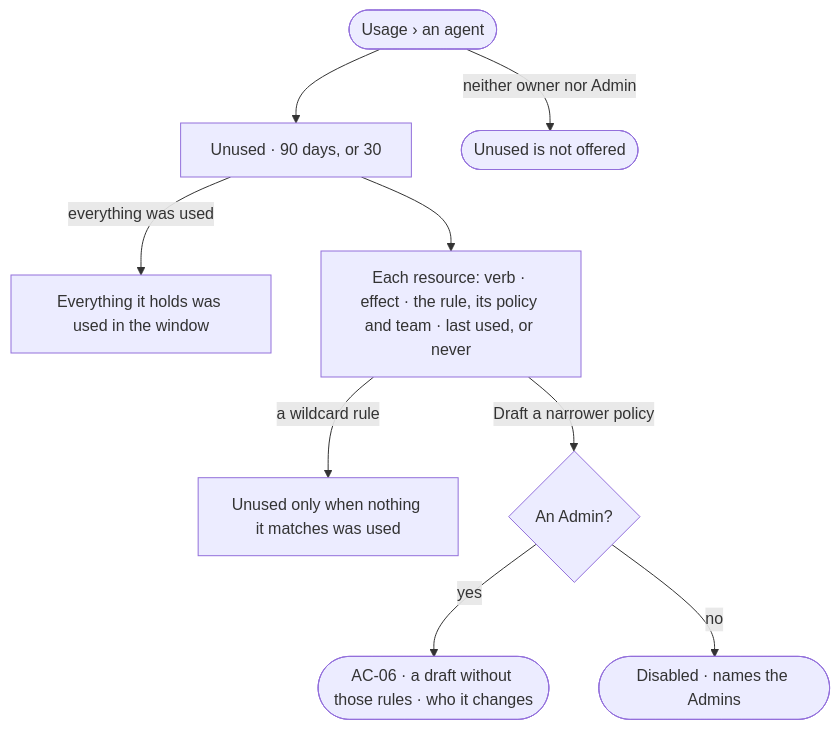
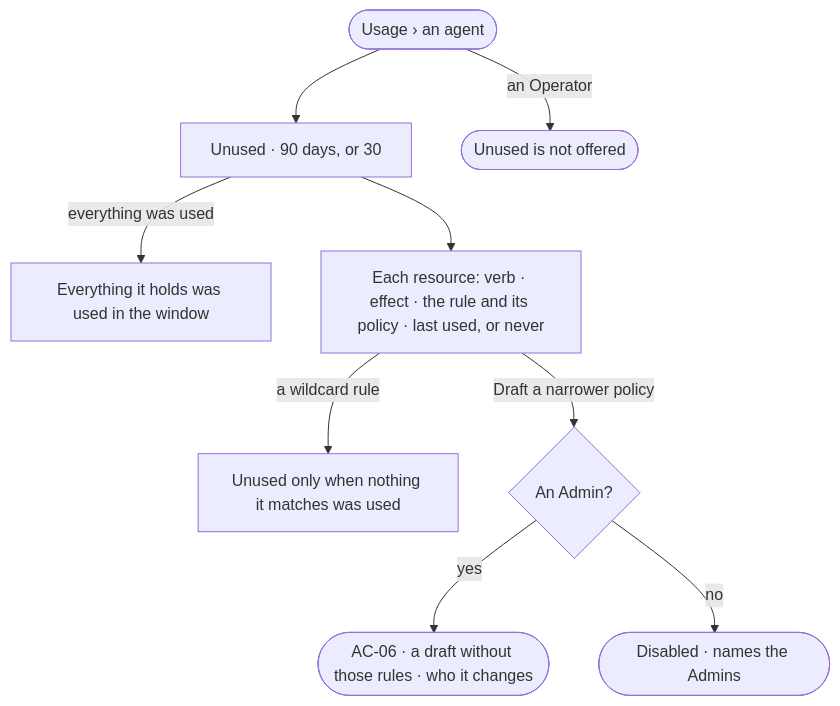
One commit to invana/invana changed the diagram in specs/os/access/features/AC-F08-access-usage/stories/AC-29-find-access-an-agent-never-uses/story.md. Above: the diagram before and after it, drawn with Mermaid. The commit also changed other lines of this file and 300 other files, not shown here.

````diff
--- a/specs/os/access/features/AC-F08-access-usage/stories/AC-29-find-access-an-agent-never-uses/story.md
+++ b/specs/os/access/features/AC-F08-access-usage/stories/AC-29-find-access-an-agent-never-uses/story.md
@@ -27,11 +27,11 @@
 ```mermaid
 flowchart TD
   a([Usage › an agent]) --> u["Unused · 90 days, or 30"]
   u -->|everything was used| none["Everything it holds was used in the window"]
-  u --> rows["Each resource: verb · effect · the rule, its policy and team · last used, or never"]
+  u --> rows["Each resource: verb · effect · the rule and its policy · last used, or never"]
   rows -->|a wildcard rule| wc["Unused only when nothing it matches was used"]
   rows -->|Draft a narrower policy| who{"An Admin?"}
   who -->|yes| dr(["AC-06 · a draft without those rules · who it changes"])
   who -->|no| ro(["Disabled · names the Admins"])
-  a -->|neither owner nor Admin| no(["Unused is not offered"])
+  a -->|an Operator| no(["Unused is not offered"])
 ```
````
